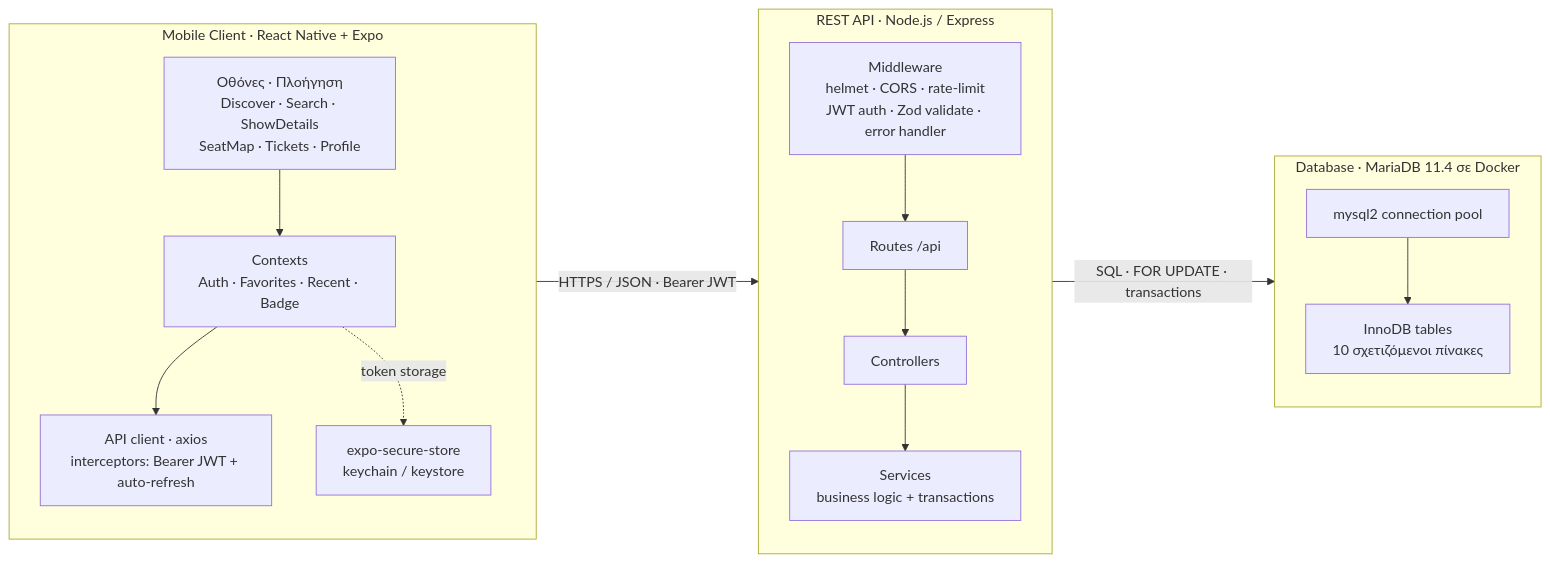
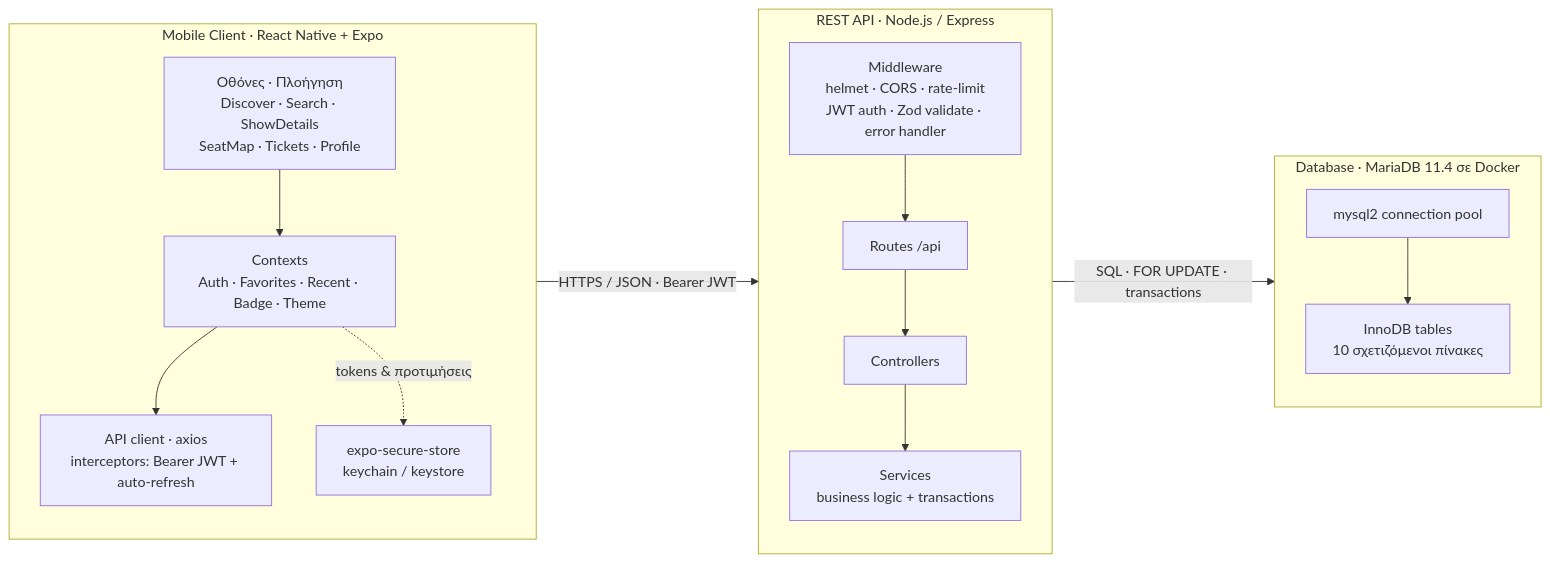
Before and after one commit to Charis-Stikos/Spotlight: the first of 3 diagrams in README.md, drawn with Mermaid. The commit also changed other lines of this file and 44 other files, not shown here.

````diff
--- a/README.md
+++ b/README.md
@@ -29,34 +29,34 @@
 ```mermaid
 flowchart LR
     subgraph CLIENT["Mobile Client · React Native + Expo"]
         direction TB
         SCR["Οθόνες · Πλοήγηση<br/>Discover · Search · ShowDetails<br/>SeatMap · Tickets · Profile"]
-        CTX["Contexts<br/>Auth · Favorites · Recent · Badge"]
+        CTX["Contexts<br/>Auth · Favorites · Recent · Badge · Theme"]
         APIC["API client · axios<br/>interceptors: Bearer JWT + auto-refresh"]
         SEC["expo-secure-store<br/>keychain / keystore"]
         SCR --> CTX
         CTX --> APIC
-        CTX -. token storage .-> SEC
+        CTX -. tokens & προτιμήσεις .-> SEC
     end
 
     subgraph SERVER["REST API · Node.js / Express"]
         direction TB
         MW["Middleware<br/>helmet · CORS · rate-limit<br/>JWT auth · Zod validate · error handler"]
         RTE["Routes /api"]
         CTL["Controllers"]
         SVC["Services<br/>business logic + transactions"]
         MW --> RTE
         RTE --> CTL
         CTL --> SVC
     end
 
     subgraph DATA["Database · MariaDB 11.4 σε Docker"]
         direction TB
         POOL["mysql2 connection pool"]
         TBL["InnoDB tables<br/>10 σχετιζόμενοι πίνακες"]
         POOL --> TBL
     end
 
     APIC -->|"HTTPS / JSON · Bearer JWT"| MW
     SVC -->|"SQL · FOR UPDATE · transactions"| POOL
 ```
````
